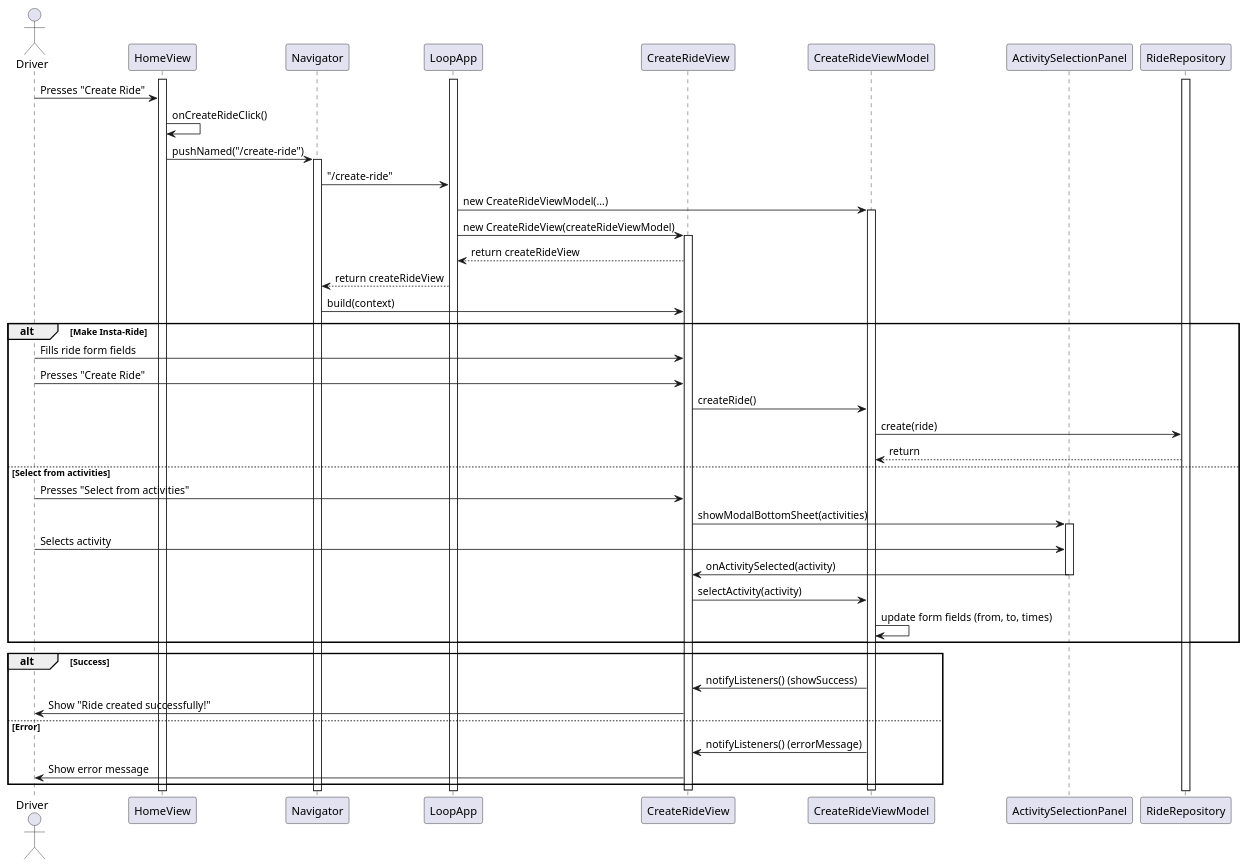
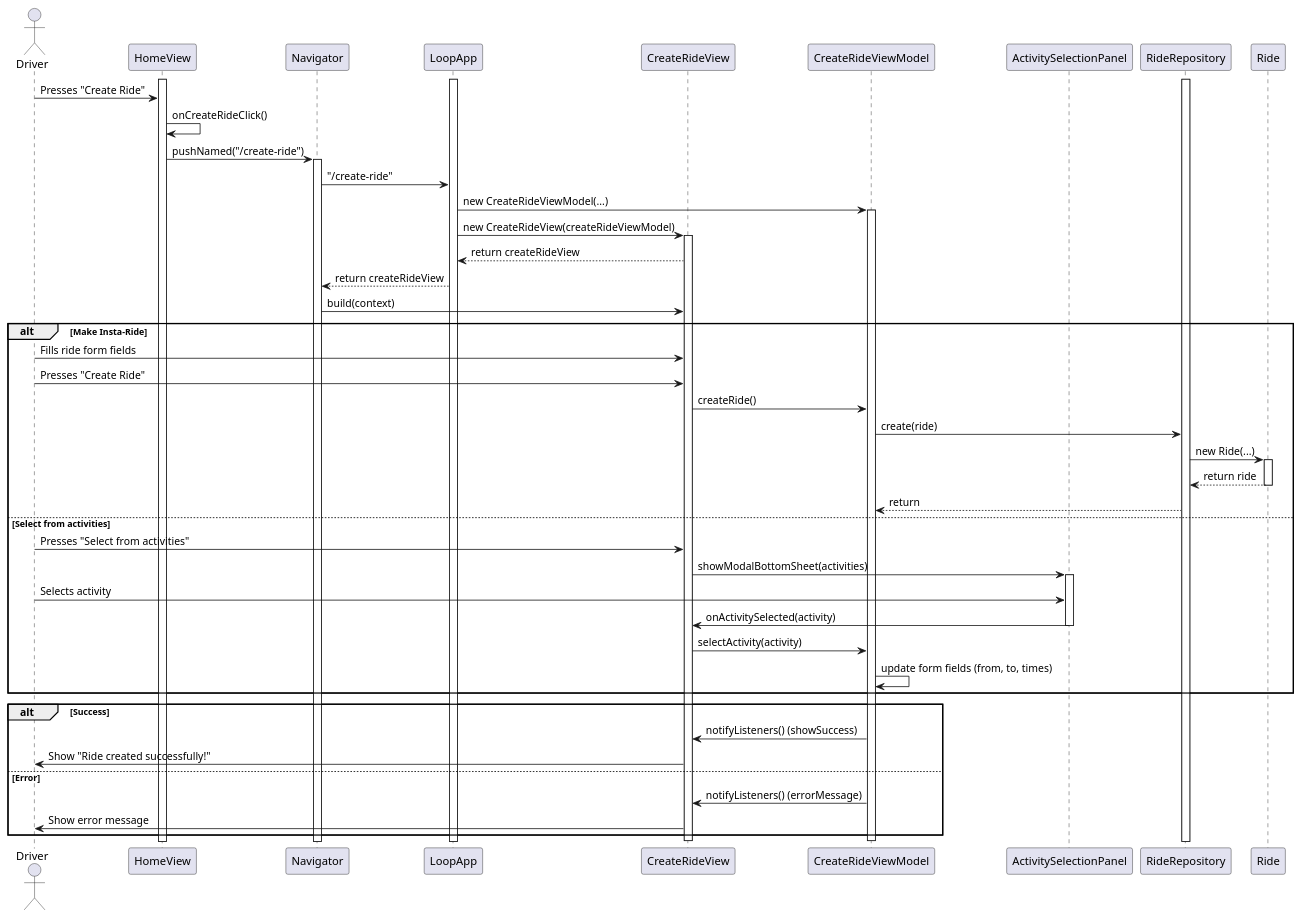
Before and after one commit to YannisRavasopoulos/ProjectSD_S6: the diagram in reports/sequence/create-ride.plantuml, drawn with PlantUML.

Commit message:
Fix Ride creation flow in create-ride sequence diagram

```diff
--- a/reports/sequence/create-ride.plantuml
+++ b/reports/sequence/create-ride.plantuml
@@ -1,70 +1,75 @@
 @startuml
 
 actor Driver
 
 participant HomeView
 participant Navigator
 participant LoopApp
 participant CreateRideView
 participant CreateRideViewModel
 participant ActivitySelectionPanel
 participant RideRepository
 
 
 
 ' Main flow: Driver starts creating a ride
 activate LoopApp
 activate RideRepository
 activate HomeView
 Driver -> HomeView: Presses "Create Ride"
 HomeView -> HomeView: onCreateRideClick()
 HomeView -> Navigator: pushNamed("/create-ride")
 activate Navigator
 Navigator -> LoopApp: "/create-ride"
 LoopApp -> CreateRideViewModel: new CreateRideViewModel(...)
 activate CreateRideViewModel
 LoopApp -> CreateRideView: new CreateRideView(createRideViewModel)
 activate CreateRideView
 CreateRideView --> LoopApp: return createRideView
 LoopApp --> Navigator: return createRideView
 Navigator -> CreateRideView: build(context)
 
 
 alt Make Insta-Ride
     Driver -> CreateRideView: Fills ride form fields
 
     ' Driver confirms creation
     Driver -> CreateRideView: Presses "Create Ride"
     CreateRideView -> CreateRideViewModel: createRide()
     CreateRideViewModel -> RideRepository: create(ride)
-    
+  
+    RideRepository -> Ride: new Ride(...)
+    activate Ride
+    Ride --> RideRepository: return ride
+     deactivate Ride
     RideRepository --> CreateRideViewModel: return
    
+  
+
 ' Activity selection (alternative flow)
 else Select from activities
     Driver -> CreateRideView: Presses "Select from activities"
     CreateRideView -> ActivitySelectionPanel: showModalBottomSheet(activities)
     activate ActivitySelectionPanel
     Driver -> ActivitySelectionPanel: Selects activity
     ActivitySelectionPanel -> CreateRideView: onActivitySelected(activity)
-      deactivate ActivitySelectionPanel
+    deactivate ActivitySelectionPanel
     CreateRideView -> CreateRideViewModel: selectActivity(activity)
     CreateRideViewModel -> CreateRideViewModel: update form fields (from, to, times)
-  
 end
 
 ' Driver fills in the form (from, to, times)
 
 
 alt Success
     CreateRideViewModel -> CreateRideView: notifyListeners() (showSuccess)
     CreateRideView -> Driver: Show "Ride created successfully!"
 else Error
     CreateRideViewModel -> CreateRideView: notifyListeners() (errorMessage)
     CreateRideView -> Driver: Show error message
 end
 
 deactivate CreateRideViewModel
 deactivate CreateRideView
 
 @enduml
```
